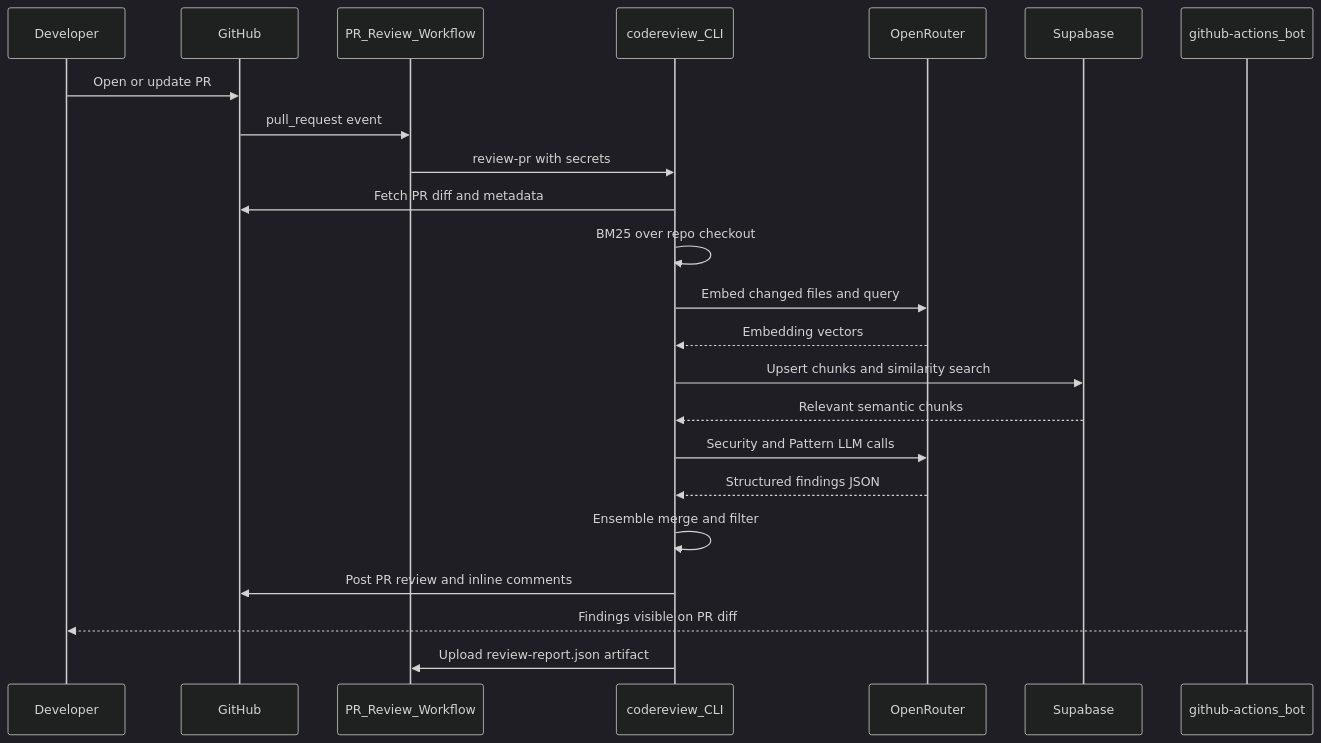
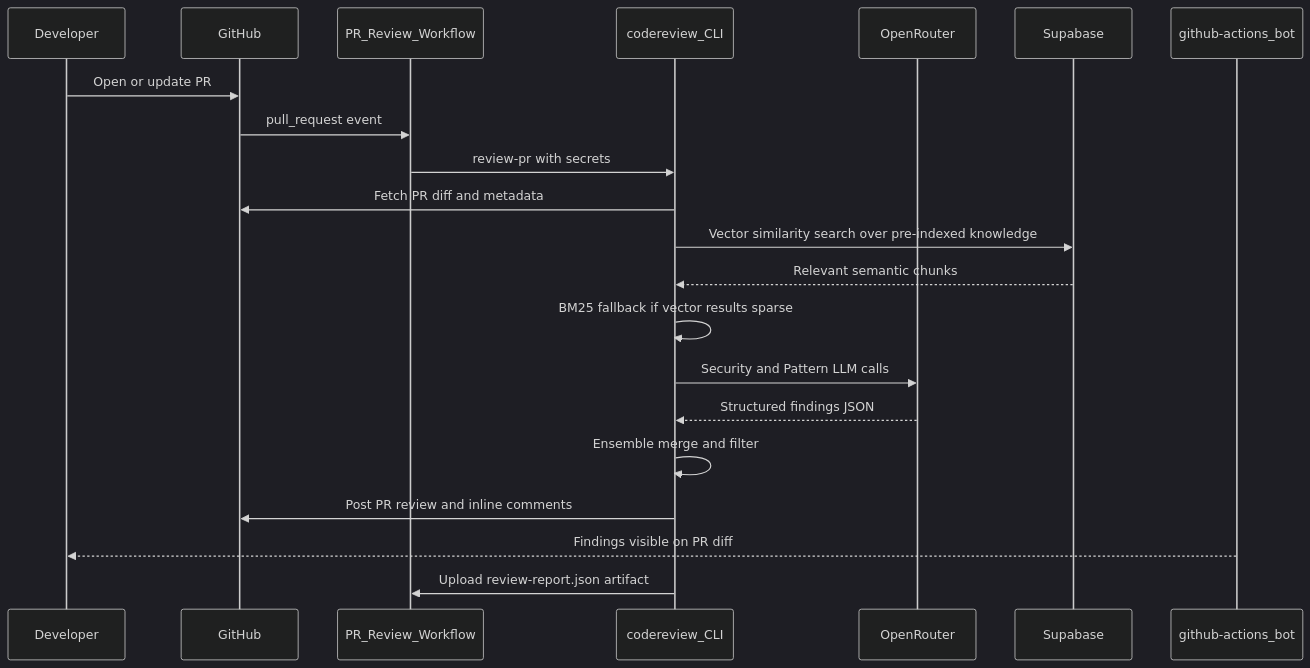
One commit to cipheraxat/codereviewer_agent changed the fourth of 4 diagrams in README.md. Above: the diagram before and after it, drawn with Mermaid (dark theme). The commit also changed other lines of this file and 1 other file, not shown here.

````diff
--- a/README.md
+++ b/README.md
@@ -279,26 +263,24 @@
 ```mermaid
 sequenceDiagram
   participant Dev as Developer
   participant GH as GitHub
   participant WF as PR_Review_Workflow
   participant CR as codereview_CLI
   participant OR as OpenRouter
   participant SB as Supabase
   participant Bot as github-actions_bot
 
   Dev->>GH: Open or update PR
   GH->>WF: pull_request event
   WF->>CR: review-pr with secrets
   CR->>GH: Fetch PR diff and metadata
-  CR->>CR: BM25 over repo checkout
-  CR->>OR: Embed changed files and query
-  OR-->>CR: Embedding vectors
-  CR->>SB: Upsert chunks and similarity search
+  CR->>SB: Vector similarity search over pre-indexed knowledge
   SB-->>CR: Relevant semantic chunks
+  CR->>CR: BM25 fallback if vector results sparse
   CR->>OR: Security and Pattern LLM calls
   OR-->>CR: Structured findings JSON
   CR->>CR: Ensemble merge and filter
   CR->>GH: Post PR review and inline comments
   Bot-->>Dev: Findings visible on PR diff
   CR->>WF: Upload review-report.json artifact
 ```
````
